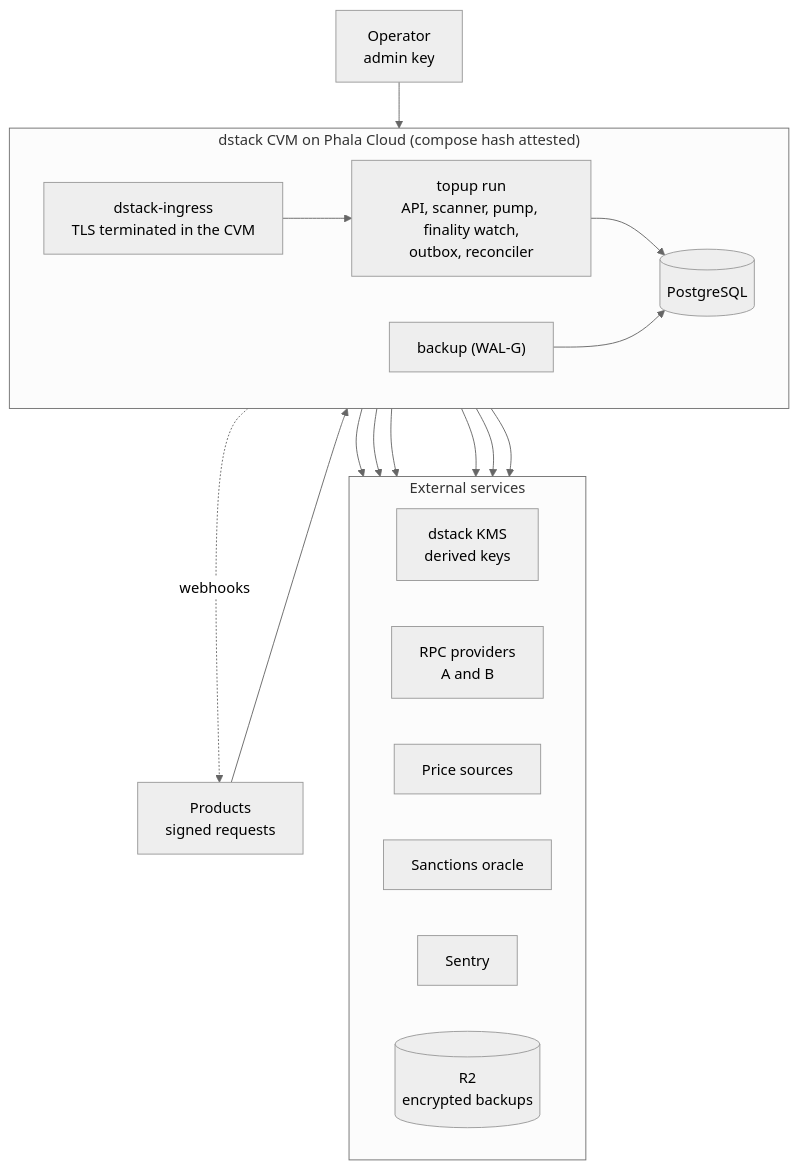
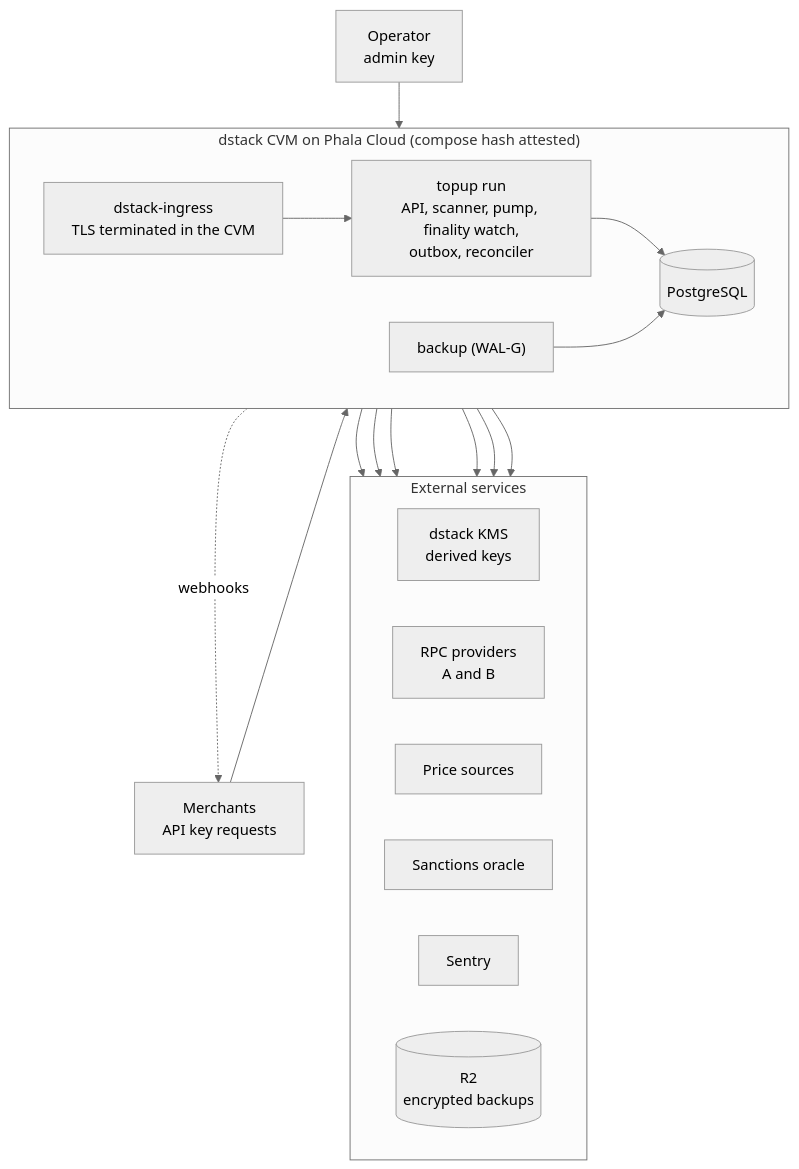
Before and after one commit to Phala-Network/crypto-topup-service: the first of 3 diagrams in docs/architecture.md, drawn with Mermaid (neutral theme). The commit also changed other lines of this file and 106 other files, not shown here.

````diff
--- a/docs/architecture.md
+++ b/docs/architecture.md
@@ -166,28 +167,28 @@
 ```mermaid
 flowchart TB
-    products["Products<br/>signed requests"]
+    products["Merchants<br/>API key requests"]
     admin["Operator<br/>admin key"]
     subgraph cvm["dstack CVM on Phala Cloud (compose hash attested)"]
         direction LR
         ingress["dstack-ingress<br/>TLS terminated in the CVM"]
         topup["topup run<br/>API, scanner, pump, finality watch,<br/>outbox, reconciler"]
         pg[("PostgreSQL")]
         backup["backup (WAL-G)"]
         ingress --> topup --> pg
         backup --> pg
     end
     subgraph ext["External services"]
         direction LR
         kms["dstack KMS<br/>derived keys"]
         rpc["RPC providers<br/>A and B"]
         prices["Price sources"]
         oracle["Sanctions oracle"]
         sentry["Sentry"]
         r2[("R2<br/>encrypted backups")]
     end
     products --> ingress
     admin --> ingress
     topup -.->|"webhooks"| products
     topup --> kms & rpc & prices & oracle & sentry
     backup --> r2
 ```
````
